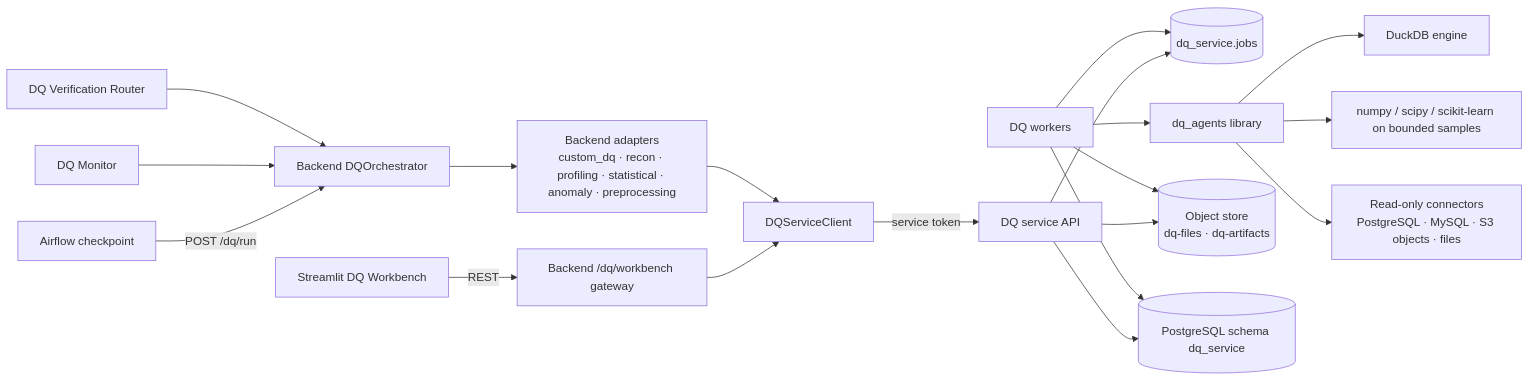
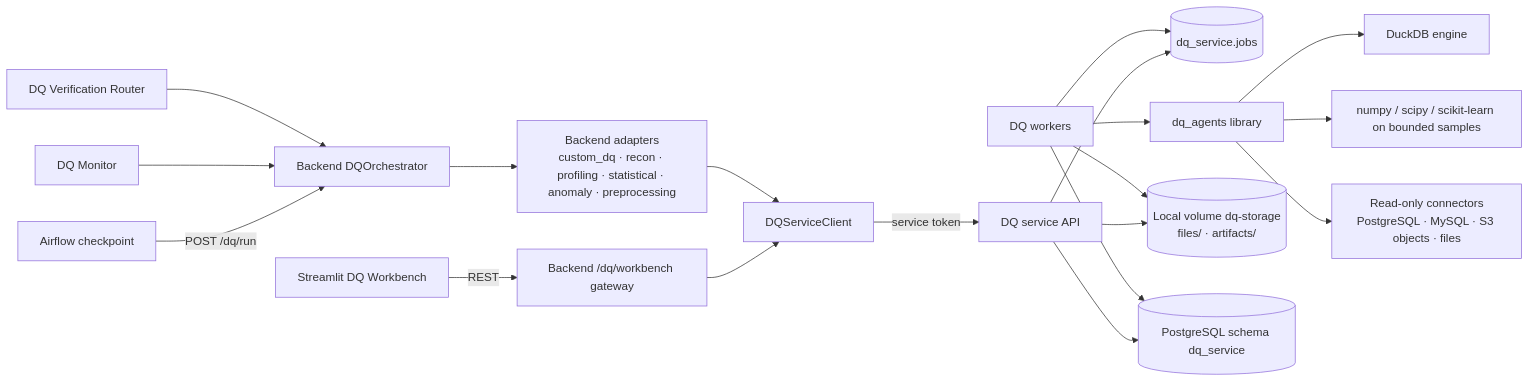
The diagram in docs/dq-agents-design.md (TejaReddy255/self_healing_agent), drawn with Mermaid before and after one commit. The commit also changed other lines of this file and 7 other files, not shown here.

First line of the commit message:
Docs: amend ADR-014 - DQ file storage on a local Docker volume

````diff
--- a/docs/dq-agents-design.md
+++ b/docs/dq-agents-design.md
@@ -33,19 +33,19 @@
 ```mermaid
 flowchart LR
     ST[Streamlit DQ Workbench] -->|REST| GW[Backend /dq/workbench gateway]
     AF[Airflow checkpoint] -->|POST /dq/run| ORCH[Backend DQOrchestrator]
     MON[DQ Monitor] --> ORCH
     VR[DQ Verification Router] --> ORCH
     ORCH --> AD[Backend adapters<br/>custom_dq · recon · profiling · statistical · anomaly · preprocessing]
     GW --> CL[DQServiceClient]
     AD --> CL
     CL -->|service token| API[DQ service API]
     API --> JQ[(dq_service.jobs)]
     W[DQ workers] --> JQ
     W --> LIB[dq_agents library]
     LIB --> ENG[DuckDB engine]
     LIB --> ML[numpy / scipy / scikit-learn on bounded samples]
     LIB --> CON[Read-only connectors<br/>PostgreSQL · MySQL · S3 objects · files]
-    API & W --> OBJ[(Object store<br/>dq-files · dq-artifacts)]
+    API & W --> OBJ[(Local volume dq-storage<br/>files/ · artifacts/)]
     API & W --> DB[(PostgreSQL schema dq_service)]
 ```
````
